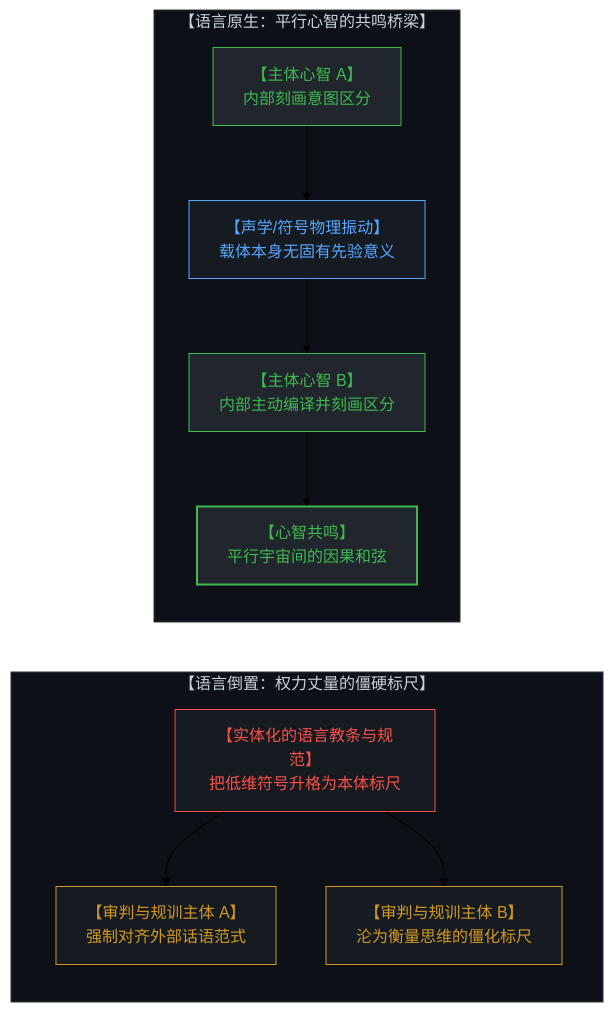
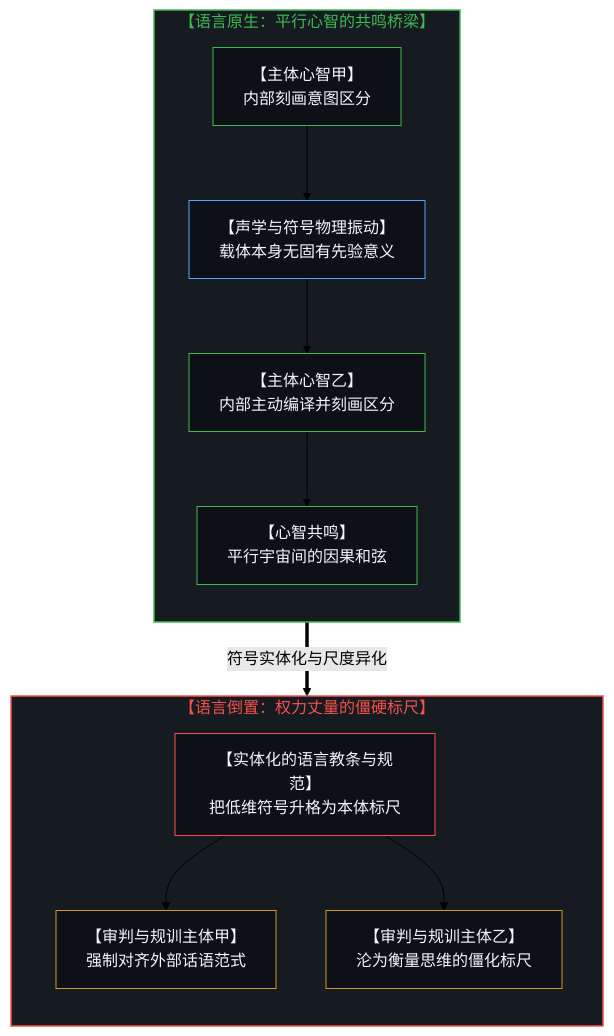
The third of 16 diagrams in content/posts/the-dissolution-of-the-great-reversal.md (powerpig99/not-a-toe), drawn with Mermaid (forest theme) before and after one commit. The commit also changed other lines of this file and 11 other files, not shown here.

````diff
--- a/content/posts/the-dissolution-of-the-great-reversal.md
+++ b/content/posts/the-dissolution-of-the-great-reversal.md
@@ -123,34 +105,34 @@
 ```mermaid
-graph TD
-    subgraph NativeBridge["【语言原生：平行心智的共鸣桥梁】"]
+flowchart TD
+    subgraph S_Bridge["【语言原生：平行心智的共鸣桥梁】"]
         direction TB
-        MindA["【主体心智 A】<br>内部刻画意图区分"]
-        PhysicalVibration["【声学/符号物理振动】<br>载体本身无固有先验意义"]
-        MindB["【主体心智 B】<br>内部主动编译并刻画区分"]
-        Resonance["【心智共鸣】<br>平行宇宙间的因果和弦"]
+        MindA["【主体心智甲】<br/>内部刻画意图区分"]
+        PhysicalVibration["【声学与符号物理振动】<br/>载体本身无固有先验意义"]
+        MindB["【主体心智乙】<br/>内部主动编译并刻画区分"]
+        Resonance["【心智共鸣】<br/>平行宇宙间的因果和弦"]
         MindA --> PhysicalVibration
         PhysicalVibration --> MindB
         MindB --> Resonance
     end
 
-    subgraph ReifiedRuler["【语言倒置：权力丈量的僵硬标尺】"]
+    S_Bridge ==>|"符号实体化与尺度异化"| S_Ruler
+
+    subgraph S_Ruler["【语言倒置：权力丈量的僵硬标尺】"]
         direction TB
-        ReifiedGrammar["【实体化的语言教条与规范】<br>把低维符号升格为本体标尺"]
-        PolicingA["【审判与规训主体 A】<br>强制对齐外部话语范式"]
-        PolicingB["【审判与规训主体 B】<br>沦为衡量思维的僵化标尺"]
+        ReifiedGrammar["【实体化的语言教条与规范】<br/>把低维符号升格为本体标尺"]
+        PolicingA["【审判与规训主体甲】<br/>强制对齐外部话语范式"]
+        PolicingB["【审判与规训主体乙】<br/>沦为衡量思维的僵化标尺"]
         ReifiedGrammar --> PolicingA
         ReifiedGrammar --> PolicingB
     end
 
-    Resonance ~~~ ReifiedGrammar
-
-    style NativeBridge fill:#0d1117,stroke:#30363d,stroke-width:1px,color:#c9d1d9
-    style MindA fill:#21262d,stroke:#3fb950,stroke-width:1px,color:#3fb950
-    style PhysicalVibration fill:#161b22,stroke:#58a6ff,stroke-width:1px,color:#58a6ff
-    style MindB fill:#21262d,stroke:#3fb950,stroke-width:1px,color:#3fb950
-    style Resonance fill:#21262d,stroke:#3fb950,stroke-width:2px,color:#3fb950
-    style ReifiedRuler fill:#0d1117,stroke:#30363d,stroke-width:1px,color:#c9d1d9
-    style ReifiedGrammar fill:#161b22,stroke:#f85149,stroke-width:1px,color:#f85149
-    style PolicingA fill:#161b22,stroke:#d29922,stroke-width:1px,color:#d29922
-    style PolicingB fill:#161b22,stroke:#d29922,stroke-width:1px,color:#d29922
+    style S_Bridge fill:#161b22,stroke:#3fb950,stroke-width:1.5px,color:#3fb950
+    style S_Ruler fill:#161b22,stroke:#f85149,stroke-width:1.5px,color:#f85149
+    style MindA fill:#0d1117,stroke:#3fb950,stroke-width:1px,color:#f0f6fc
+    style PhysicalVibration fill:#0d1117,stroke:#58a6ff,stroke-width:1px,color:#f0f6fc
+    style MindB fill:#0d1117,stroke:#3fb950,stroke-width:1px,color:#f0f6fc
+    style Resonance fill:#0d1117,stroke:#3fb950,stroke-width:1px,color:#f0f6fc
+    style ReifiedGrammar fill:#0d1117,stroke:#f85149,stroke-width:1px,color:#f0f6fc
+    style PolicingA fill:#0d1117,stroke:#d29922,stroke-width:1px,color:#f0f6fc
+    style PolicingB fill:#0d1117,stroke:#d29922,stroke-width:1px,color:#f0f6fc
 ```
````
